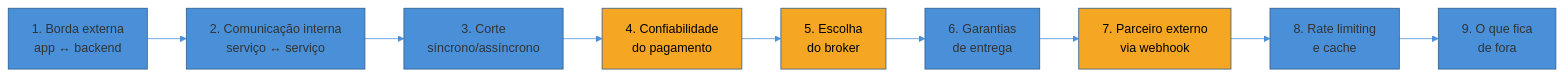
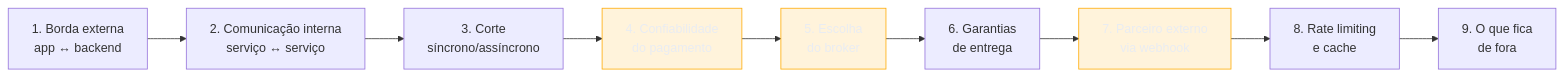
One commit to josenaldo/codex-technomanticus changed the first of 4 diagrams in 03-Dominios/Engenharia/Comunicação entre Sistemas/Desenhando a comunicação de um sistema do zero.md. Above: the diagram before and after it, drawn with Mermaid. The commit also changed other lines of this file and 1181 other files, not shown here.

First line of the commit message:
fix(diagramas): paleta do sistema no lugar de cor cravada no markdown

````diff
--- a/03-Dominios/Engenharia/Comunicação entre Sistemas/Desenhando a comunicação de um sistema do zero.md
+++ b/03-Dominios/Engenharia/Comunicação entre Sistemas/Desenhando a comunicação de um sistema do zero.md
@@ -27,16 +27,16 @@
 ```mermaid
-%%{init: {"theme": "base", "themeVariables": {"primaryColor": "#4A90D9", "primaryBorderColor": "#2E5C8A", "lineColor": "#4A90D9"}}}%%
 graph LR
+    classDef destaque fill:#FFAA0024,stroke:#FFAA00,color:#E9ECF2
     A["1. Borda externa<br/>app ↔ backend"] --> B["2. Comunicação interna<br/>serviço ↔ serviço"]
     B --> C["3. Corte<br/>síncrono/assíncrono"]
     C --> D["4. Confiabilidade<br/>do pagamento"]
     D --> E["5. Escolha<br/>do broker"]
     E --> F["6. Garantias<br/>de entrega"]
     F --> G["7. Parceiro externo<br/>via webhook"]
     G --> H["8. Rate limiting<br/>e cache"]
     H --> I["9. O que fica<br/>de fora"]
 
-    style D fill:#F5A623,color:#000
-    style E fill:#F5A623,color:#000
-    style G fill:#F5A623,color:#000
+    class D destaque
+    class E destaque
+    class G destaque
 ```
````
